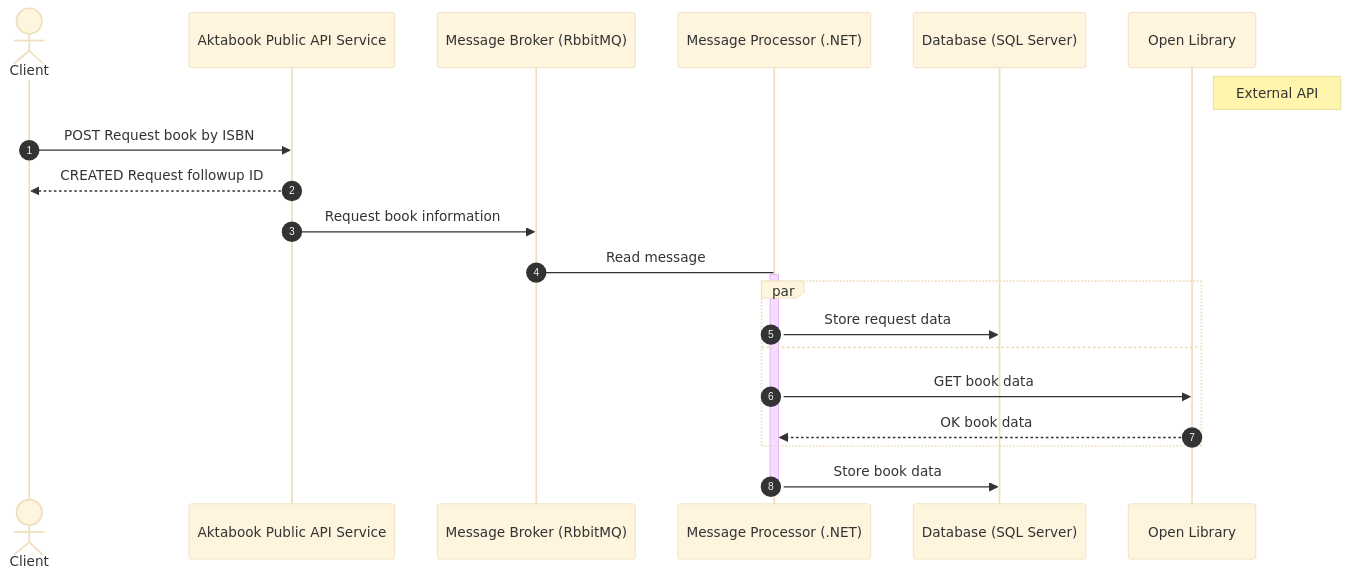
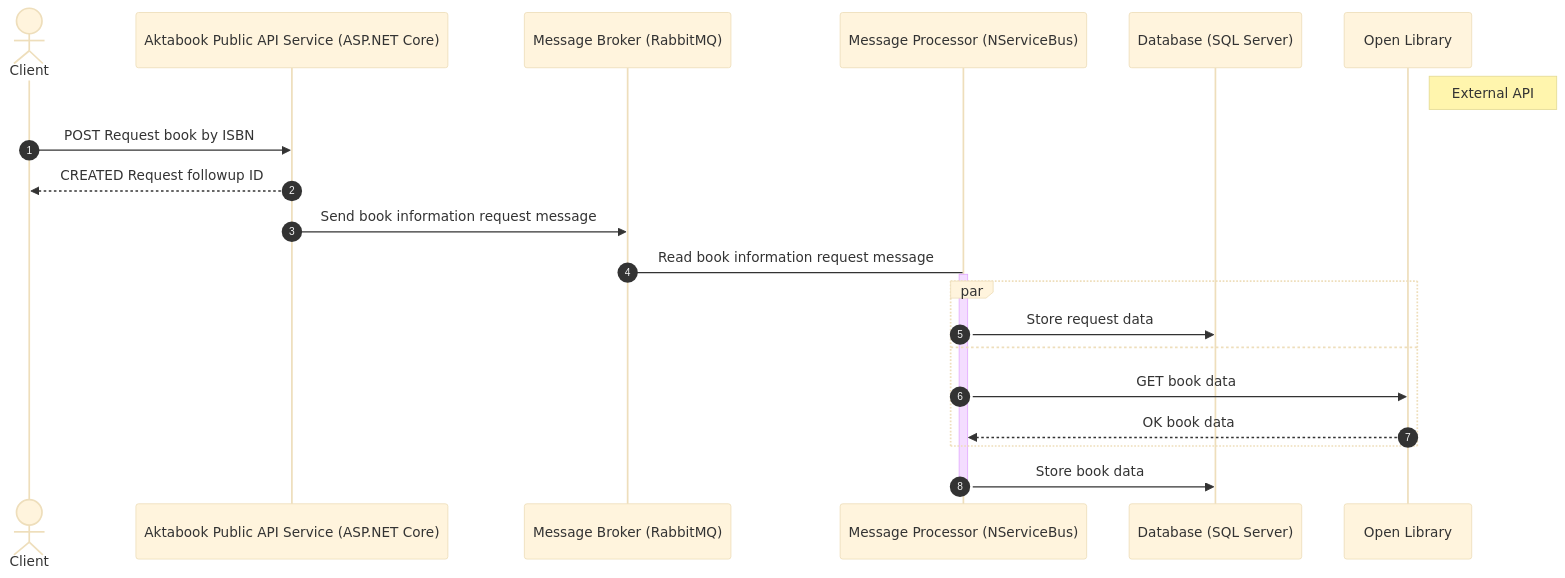
One commit to oboukli/aktabook changed the diagram in README.md. Above: the diagram before and after it, drawn with Mermaid (base theme). The commit also changed other lines of this file, not shown here.

````diff
--- a/README.md
+++ b/README.md
@@ -17,32 +16,32 @@
 ```mermaid
 sequenceDiagram
 autonumber
 
 actor client as Client
 
-participant api as Aktabook Public API Service
-participant msgbroker as Message Broker (RbbitMQ)
-participant msgproc as Message Processor (.NET)
+participant api as Aktabook Public API Service (ASP.NET Core)
+participant msgbroker as Message Broker (RabbitMQ)
+participant msgproc as Message Processor (NServiceBus)
 participant database as Database (SQL Server)
 
 participant openlibrary as Open Library
 Note right of openlibrary: External API
 
 client->>api: POST Request book by ISBN
 api-->>client: CREATED Request followup ID
 
-api->>msgbroker: Request book information
+api->>msgbroker: Send book information request message
 
-msgbroker->msgproc: Read message
+msgbroker->msgproc: Read book information request message
 activate msgproc
 
 par
     msgproc->>database: Store request data
 and
     msgproc->>openlibrary: GET book data
     openlibrary-->>msgproc: OK book data
 end
 
 msgproc->>database: Store book data
 deactivate msgproc
 ```
````
